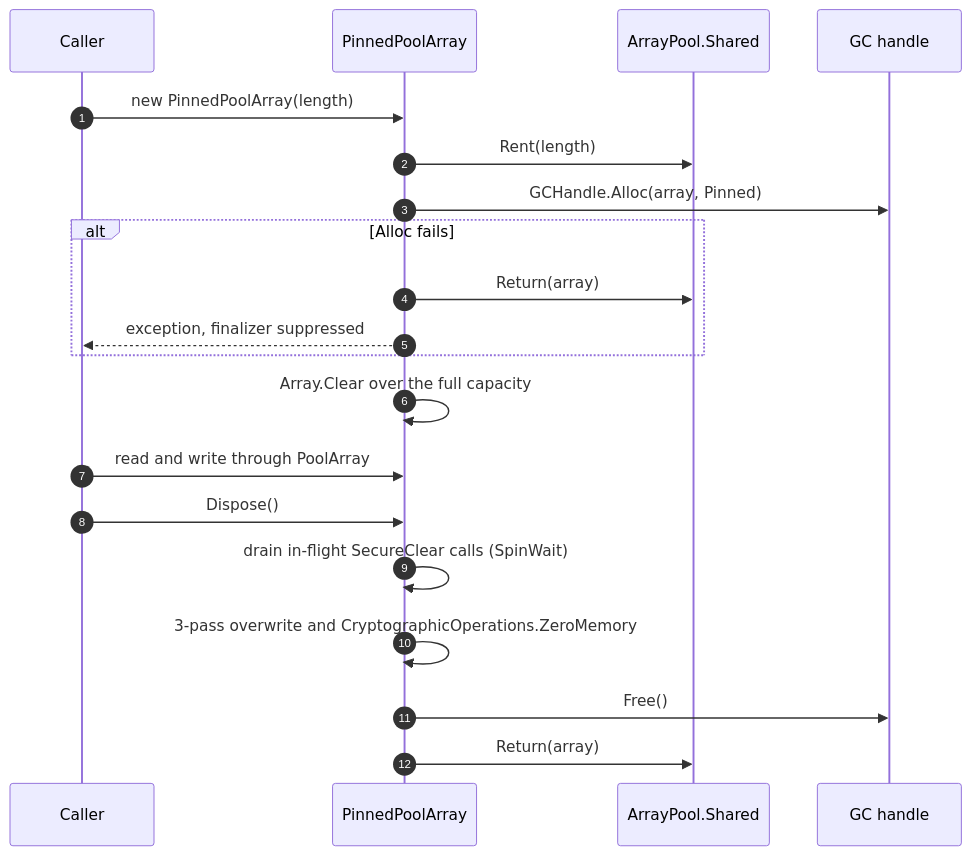
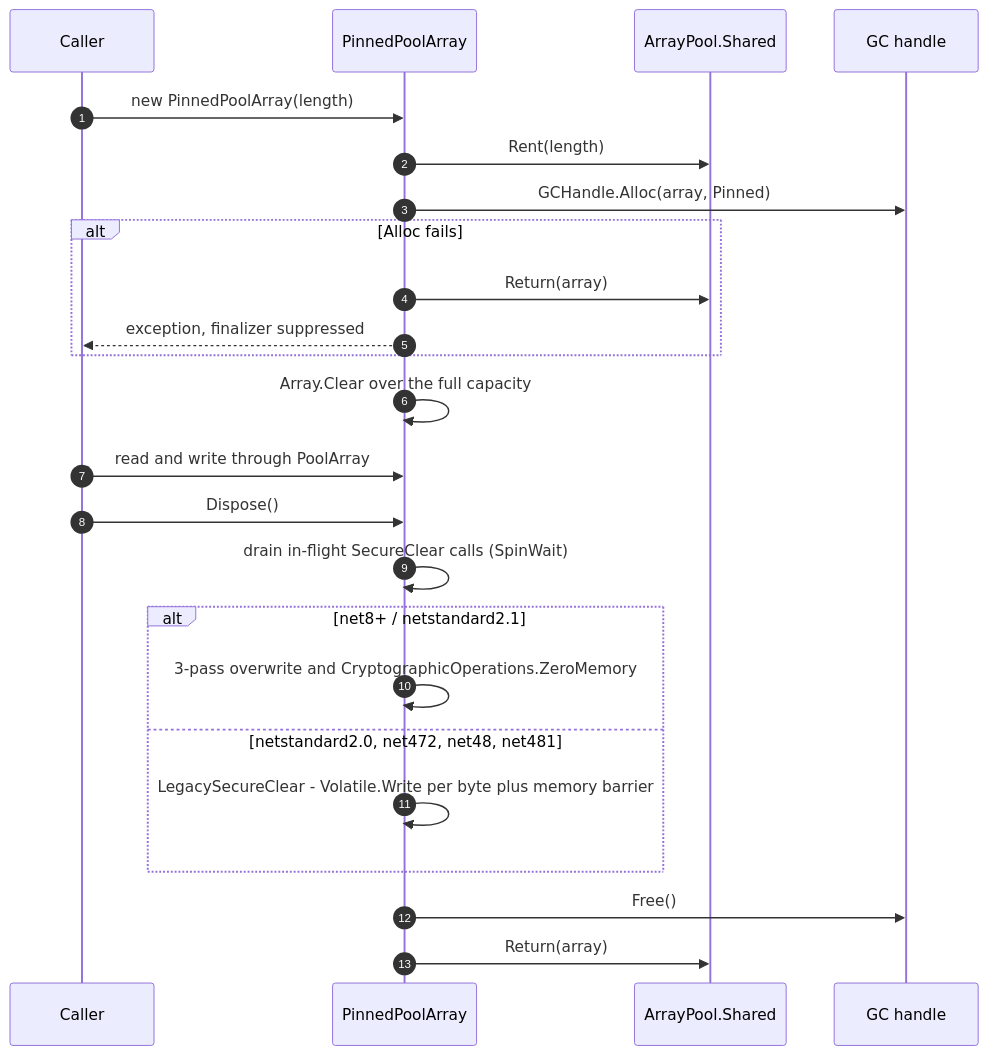
The ninth of 10 diagrams in docs/architecture/arc42.en.md (shinji-san/SecretSharingDotNet), drawn with Mermaid before and after one commit. The commit also changed other lines of this file and 1 other file, not shown here.

````diff
--- a/docs/architecture/arc42.en.md
+++ b/docs/architecture/arc42.en.md
@@ -524,23 +533,27 @@
 ```mermaid
 sequenceDiagram
     autonumber
     participant Caller as Caller
     participant PPA as PinnedPoolArray
     participant Pool as ArrayPool.Shared
     participant GC as GC handle
 
     Caller->>PPA: new PinnedPoolArray(length)
     PPA->>Pool: Rent(length)
     PPA->>GC: GCHandle.Alloc(array, Pinned)
     alt Alloc fails
         PPA->>Pool: Return(array)
         PPA-->>Caller: exception, finalizer suppressed
     end
     PPA->>PPA: Array.Clear over the full capacity
     Caller->>PPA: read and write through PoolArray
     Caller->>PPA: Dispose()
     PPA->>PPA: drain in-flight SecureClear calls (SpinWait)
-    PPA->>PPA: 3-pass overwrite and CryptographicOperations.ZeroMemory
+    alt net8+ / netstandard2.1
+        PPA->>PPA: 3-pass overwrite and CryptographicOperations.ZeroMemory
+    else netstandard2.0, net472, net48, net481
+        PPA->>PPA: LegacySecureClear - Volatile.Write per byte plus memory barrier
+    end
     PPA->>GC: Free()
     PPA->>Pool: Return(array)
 ```
````
